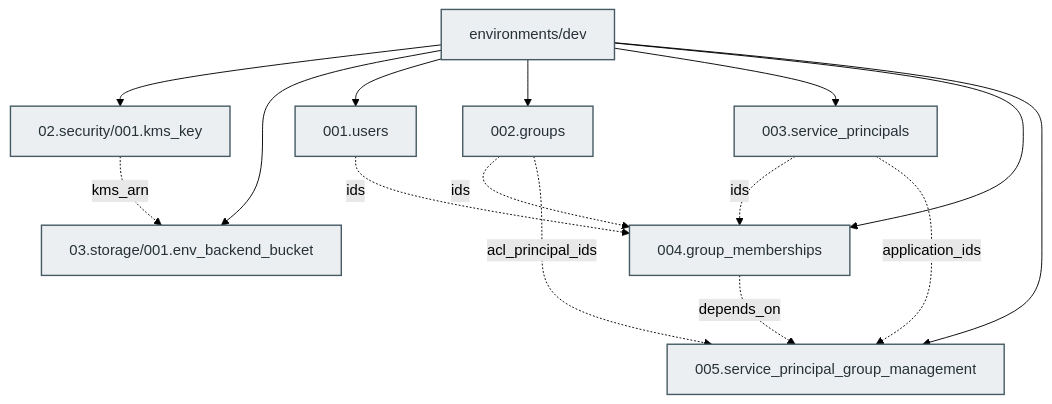
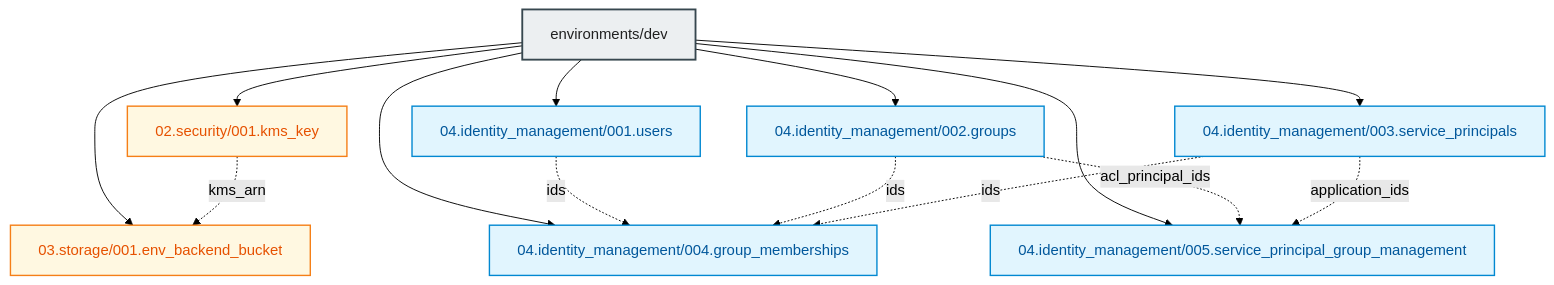
One commit to MikolajSedek/databricks_aws_deployment_02_identity_management changed the third of 3 diagrams in README.md. Above: the diagram before and after it, drawn with Mermaid (forest theme). The commit also changed other lines of this file and 9 other files, not shown here.

````diff
--- a/README.md
+++ b/README.md
@@ -123,29 +157,30 @@
 ```mermaid
 graph TD
-    classDef moduleNode fill:#ECEFF1,stroke:#455A64,stroke-width:1.5px,color:#263238;
-    classDef resourceNode fill:#E1F5FE,stroke:#0288D1,stroke-width:1.5px,color:#01579B;
+    classDef rootNode fill:#ECEFF1,stroke:#37474F,stroke-width:2px,color:#212121;
+    classDef secNode fill:#FFF8E1,stroke:#F57F17,stroke-width:1.5px,color:#E65100;
+    classDef idNode fill:#E1F5FE,stroke:#0288D1,stroke-width:1.5px,color:#01579B;
 
-    Root["environments/dev"]:::moduleNode
-    Kms["02.security/001.kms_key"]:::moduleNode
-    Bucket["03.storage/001.env_backend_bucket"]:::moduleNode
-    Users["001.users"]:::moduleNode
-    Groups["002.groups"]:::moduleNode
-    SPs["003.service_principals"]:::moduleNode
-    Memberships["004.group_memberships"]:::moduleNode
-    SpMgmt["005.service_principal_group_management"]:::moduleNode
+    Root["environments/dev"]:::rootNode
+    KmsMod["02.security/001.kms_key"]:::secNode
+    BucketMod["03.storage/001.env_backend_bucket"]:::secNode
+    UsersMod["04.identity_management/001.users"]:::idNode
+    GroupsMod["04.identity_management/002.groups"]:::idNode
+    SpMod["04.identity_management/003.service_principals"]:::idNode
+    MemberMod["04.identity_management/004.group_memberships"]:::idNode
+    SpMgmtMod["04.identity_management/005.service_principal_group_management"]:::idNode
 
-    Root --> Kms
-    Root --> Bucket
-    Root --> Users
-    Root --> Groups
-    Root --> SPs
-    Root --> Memberships
-    Root --> SpMgmt
-    Kms -.->|"kms_arn"| Bucket
-    Users -.->|"ids"| Memberships
-    Groups -.->|"ids"| Memberships
-    SPs -.->|"ids"| Memberships
-    Groups -.->|"acl_principal_ids"| SpMgmt
-    SPs -.->|"application_ids"| SpMgmt
-    Memberships -.->|"depends_on"| SpMgmt
+    Root --> KmsMod
+    Root --> BucketMod
+    Root --> UsersMod
+    Root --> GroupsMod
+    Root --> SpMod
+    Root --> MemberMod
+    Root --> SpMgmtMod
+
+    KmsMod -.->|"kms_arn"| BucketMod
+    UsersMod -.->|"ids"| MemberMod
+    GroupsMod -.->|"ids"| MemberMod
+    SpMod -.->|"ids"| MemberMod
+    GroupsMod -.->|"acl_principal_ids"| SpMgmtMod
+    SpMod -.->|"application_ids"| SpMgmtMod
 ```
````
